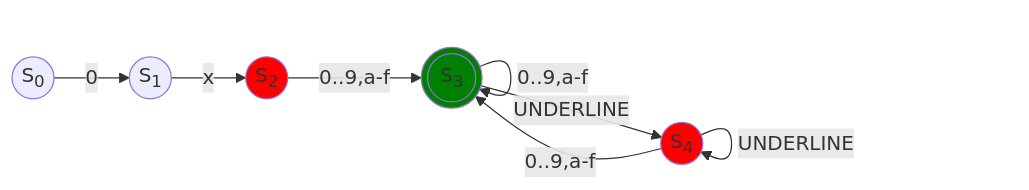
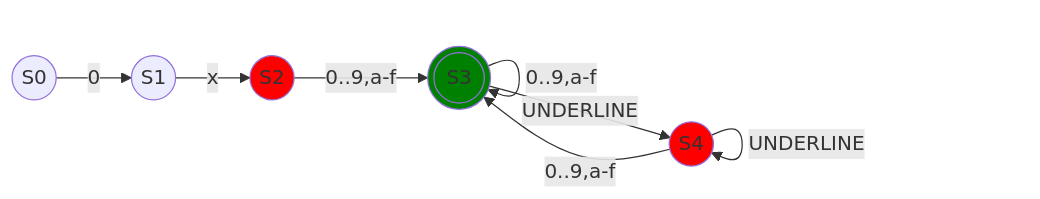
One commit to henryk-kramer/quartz-lang changed the fourth of 5 diagrams in grammar/lexical_analysis/number_literals.md. Above: the diagram before and after it, drawn with Mermaid. The commit also changed other lines of this file and 1 other file, not shown here.

Commit message:
Removed subscript from Markdown since it does not work with GitHubs mermaid graphs

````diff
--- a/grammar/lexical_analysis/number_literals.md
+++ b/grammar/lexical_analysis/number_literals.md
@@ -130,19 +130,19 @@
 ```mermaid
 graph LR;
-    A((S<sub>0</sub>))
-    B((S<sub>1</sub>))
-    C((S<sub>2</sub>))
-    D(((S<sub>3</sub>)))
-    E((S<sub>4</sub>))
+    A((S0))
+    B((S1))
+    C((S2))
+    D(((S3)))
+    E((S4))
     style C fill: red
     style D fill: green
     style E fill: red
 
     A -- 0 --> B
     B -- x --> C
     C -- 0..9,a-f --> D
     D -- 0..9,a-f --> D
     D -- UNDERLINE --> E
     E -- UNDERLINE --> E
     E -- 0..9,a-f --> D
 ```
````
